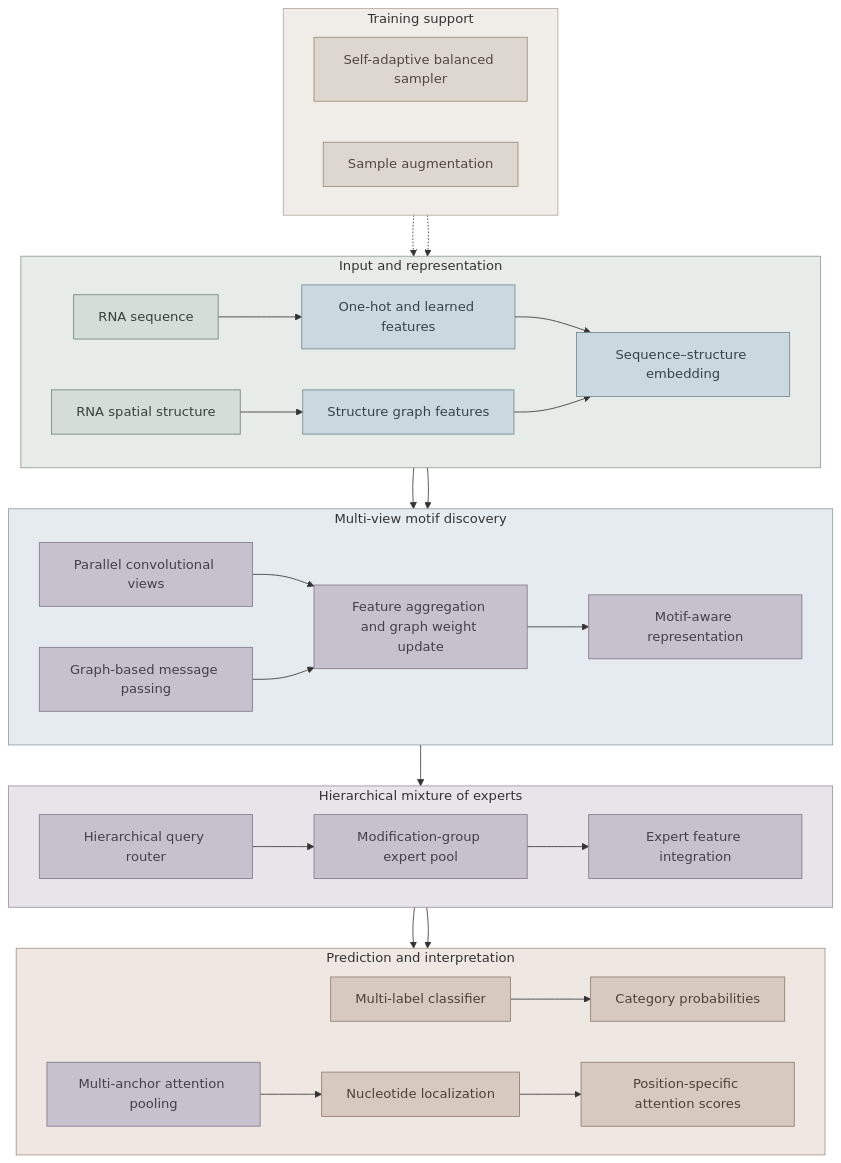
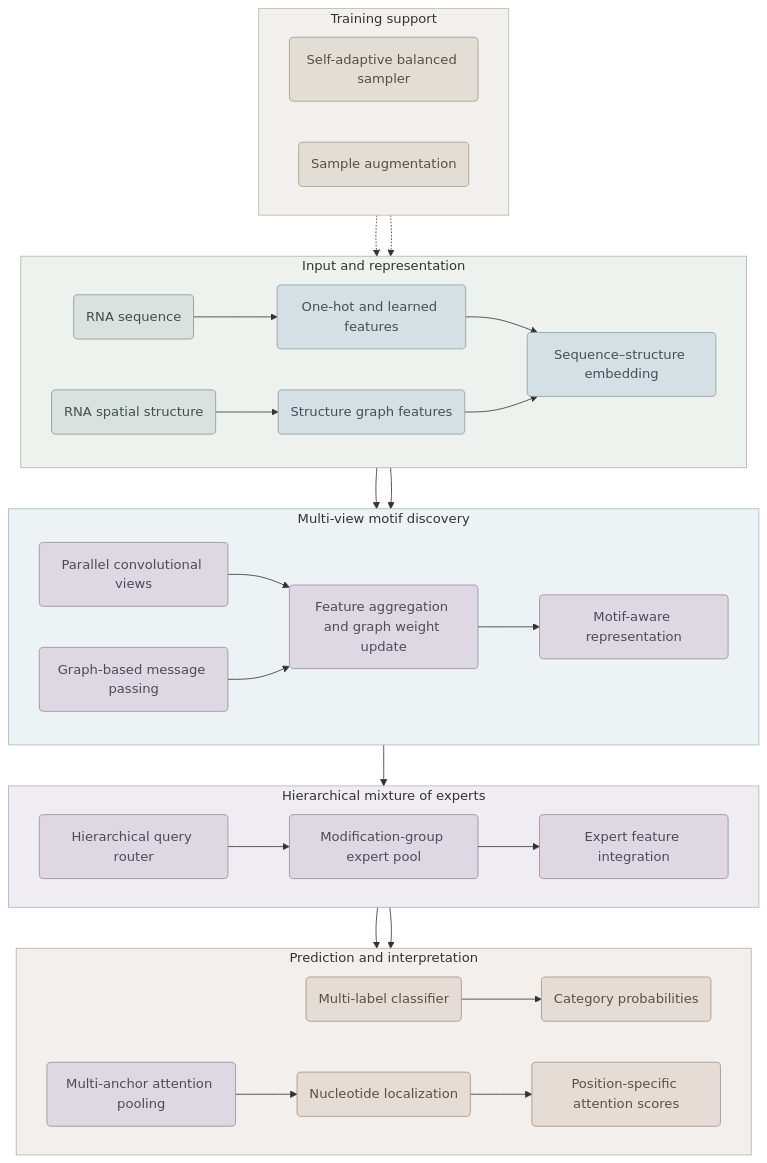
The second of 6 diagrams in README.md (CMB-BNU/mRModN_welcome_page), drawn with Mermaid before and after one commit. The commit also changed other lines of this file, not shown here.

````diff
--- a/README.md
+++ b/README.md
@@ -65,58 +65,58 @@
 ```mermaid
 flowchart TB
     subgraph INPUT[Input and representation]
         direction LR
-        S[RNA sequence] --> O[One-hot and learned features]
-        R[RNA spatial structure] --> G[Structure graph features]
-        O --> E[Sequence–structure embedding]
+        S(RNA sequence) --> O(One-hot and learned features)
+        R(RNA spatial structure) --> G(Structure graph features)
+        O --> E(Sequence–structure embedding)
         G --> E
     end
 
     subgraph DISCOVERY[Multi-view motif discovery]
         direction LR
-        E --> C[Parallel convolutional views]
-        E --> M[Graph-based message passing]
-        C --> U[Feature aggregation and graph weight update]
+        E --> C(Parallel convolutional views)
+        E --> M(Graph-based message passing)
+        C --> U(Feature aggregation and graph weight update)
         M --> U
-        U --> F[Motif-aware representation]
+        U --> F(Motif-aware representation)
     end
 
     subgraph ROUTING[Hierarchical mixture of experts]
         direction LR
-        F --> Q[Hierarchical query router]
-        Q --> P[Modification-group expert pool]
-        P --> X[Expert feature integration]
+        F --> Q(Hierarchical query router)
+        Q --> P(Modification-group expert pool)
+        P --> X(Expert feature integration)
     end
 
     subgraph PREDICTION[Prediction and interpretation]
         direction LR
-        X --> Y[Multi-label classifier]
-        X --> A[Multi-anchor attention pooling]
-        Y --> Y1[Category probabilities]
-        A --> Z[Nucleotide localization]
-        Z --> Z1[Position-specific attention scores]
+        X --> Y(Multi-label classifier)
+        X --> A(Multi-anchor attention pooling)
+        Y --> Y1(Category probabilities)
+        A --> Z(Nucleotide localization)
+        Z --> Z1(Position-specific attention scores)
     end
 
     subgraph TRAINING[Training support]
         direction LR
-        T[Self-adaptive balanced sampler] -.-> O
-        N[Sample augmentation] -.-> O
+        T(Self-adaptive balanced sampler) -.-> O
+        N(Sample augmentation) -.-> O
     end
 
-    style INPUT fill:#E7ECE8,stroke:#8D9B92,stroke-width:1px
-    style DISCOVERY fill:#E5EBEF,stroke:#8B9DA7,stroke-width:1px
-    style ROUTING fill:#E8E4EA,stroke:#9A8EA0,stroke-width:1px
-    style PREDICTION fill:#EEE7E2,stroke:#A89284,stroke-width:1px
-    style TRAINING fill:#F0EDE8,stroke:#B2A99E,stroke-width:1px
+    style INPUT fill:#EEF2EF,stroke:#A8B7B0,stroke-width:1px
+    style DISCOVERY fill:#EDF2F4,stroke:#AAB9BF,stroke-width:1px
+    style ROUTING fill:#F0EDF2,stroke:#B7AEBB,stroke-width:1px
+    style PREDICTION fill:#F3EFEC,stroke:#BDAEA3,stroke-width:1px
+    style TRAINING fill:#F1F0EC,stroke:#BDB9AE,stroke-width:1px
 
-    classDef input fill:#D5DDD8,stroke:#718078,color:#35423C,stroke-width:1px
-    classDef representation fill:#CAD8E0,stroke:#718692,color:#35434C,stroke-width:1px
-    classDef core fill:#C7C1CE,stroke:#817789,color:#443F4B,stroke-width:1px
-    classDef output fill:#D8C9C0,stroke:#907B6D,color:#4E4139,stroke-width:1px
-    classDef training fill:#DDD8CF,stroke:#958A7D,color:#50483F,stroke-width:1px
+    classDef input fill:#D9E2DE,stroke:#879A91,color:#3F514A,stroke-width:1px
+    classDef representation fill:#D5E0E5,stroke:#8B9DA4,color:#405159,stroke-width:1px
+    classDef core fill:#DDD8E2,stroke:#988DA1,color:#514957,stroke-width:1px
+    classDef output fill:#E5DCD5,stroke:#A69487,color:#5C4F47,stroke-width:1px
+    classDef training fill:#E2DED5,stroke:#A59D90,color:#574F46,stroke-width:1px
     class S,R input
     class O,G,E representation
     class C,M,U,F,Q,P,X,A core
     class Y,Y1,Z,Z1 output
     class T,N training
 ```
````
